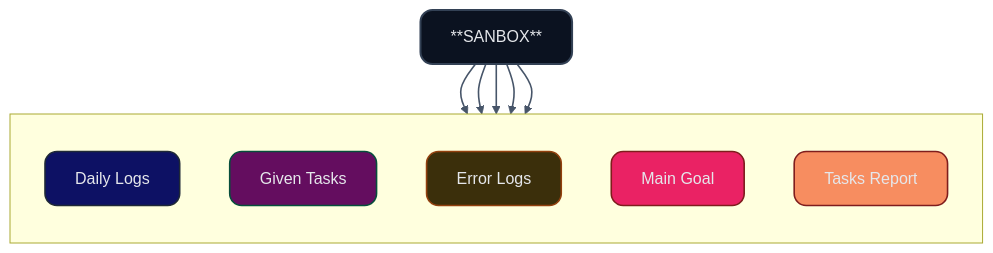
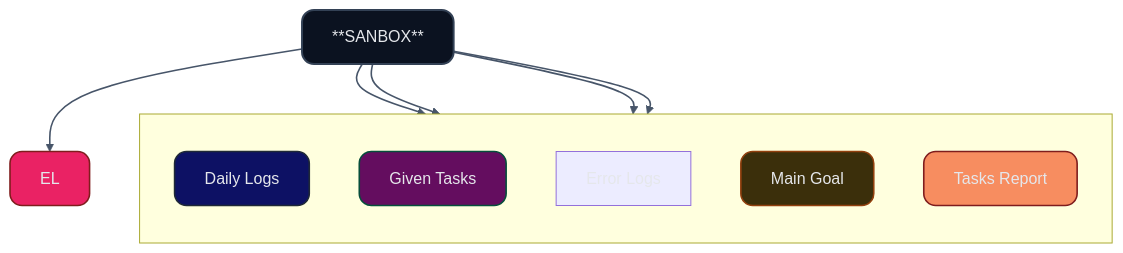
The diagram in README.md (znach-lab/znach-lab), drawn with Mermaid before and after one commit.

````diff
--- a/README.md
+++ b/README.md
@@ -34,56 +34,56 @@
 ```mermaid
 %% Koyu tema + varsayılan renkler
 %% (İstersen 'fontFamily'ni değiştirebilirsin)
 %%{init: {'theme':'dark', 'themeVariables': {
   'primaryColor':'#0f172a',          /* arka plan baz */
   'primaryTextColor':'#e5e7eb',      /* yazı */
   'primaryBorderColor':'#334155',    /* kenar çizgisi */
   'lineColor':'#475569',
   'fontFamily':'Inter, ui-sans-serif, system-ui'
 }}}%%
 
 
 
 flowchart TD
     A["**SANBOX**"]
 
     subgraph S1[ ]
         direction TB
         DL["Daily Logs"]
         TS["Given Tasks"]
-        AH["Error Logs"]
-        EL["Main Goal"]
+        EH["Error Logs"]
+        AH["Main Goal"]
         TR["Tasks Report"]
     end
 
     A --> DL
     A --> TS
     A --> AH
     A --> EL
     A --> TR
   
     %% Tıklanabilir bağlantılar (kendi repo linklerinle değiştir)
     click DL "https://github.com/znach-lab/lab-daily" "_blank"
     click TS "https://github.com/znach-lab/given-tasks" "_blank"
     click AH "https://github.com/znach-lab/main-goal" "_blank"
     click EL "https://github.com/znach-lab/error-logs" "_blank"
     click TR "https://github.com/znach-lab/task-reports" "_blank"
 
     %% Genel sınıflar (yuvarlatılmış köşe + daha kalın çizgi)
     classDef root fill:#0b1220,stroke:#334155,stroke-width:2px,color:#e5e7eb,rx:12,ry:12;
     classDef card fill:#111827,stroke:#374151,stroke-width:1.6px,color:#e5e7eb,rx:12,ry:12;
 
     %% Kenar renkleri biraz daha belirgin
     linkStyle default stroke:#475569,stroke-width:1.6px;
 
     %% Atamalar
     class A root
     class DL,TS,AH,EL,TR card
 
     %% Hafif vurgu istersen tek tek ton verebilirsin:
     style DL fill:#0D1164,stroke:#1f2937,color:#e5e7eb
     style TS fill:#640D5F,stroke:#064e3b,color:#e5e7eb
     style AH fill:#3b2f0b,stroke:#92400e,color:#e5e7eb
     style EL fill:#EA2264,stroke:#7f1d1d,color:#e5e7eb
     style TR fill:#F78D60,stroke:#7f1d1d,color:#e5e7eb
 ```
````
